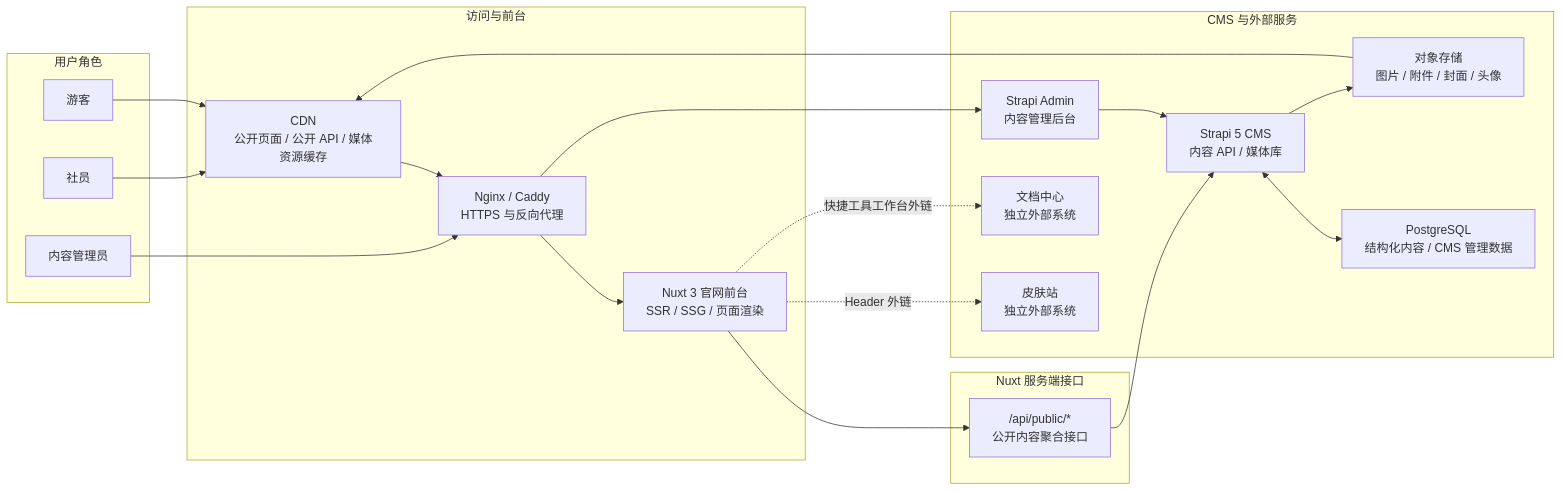
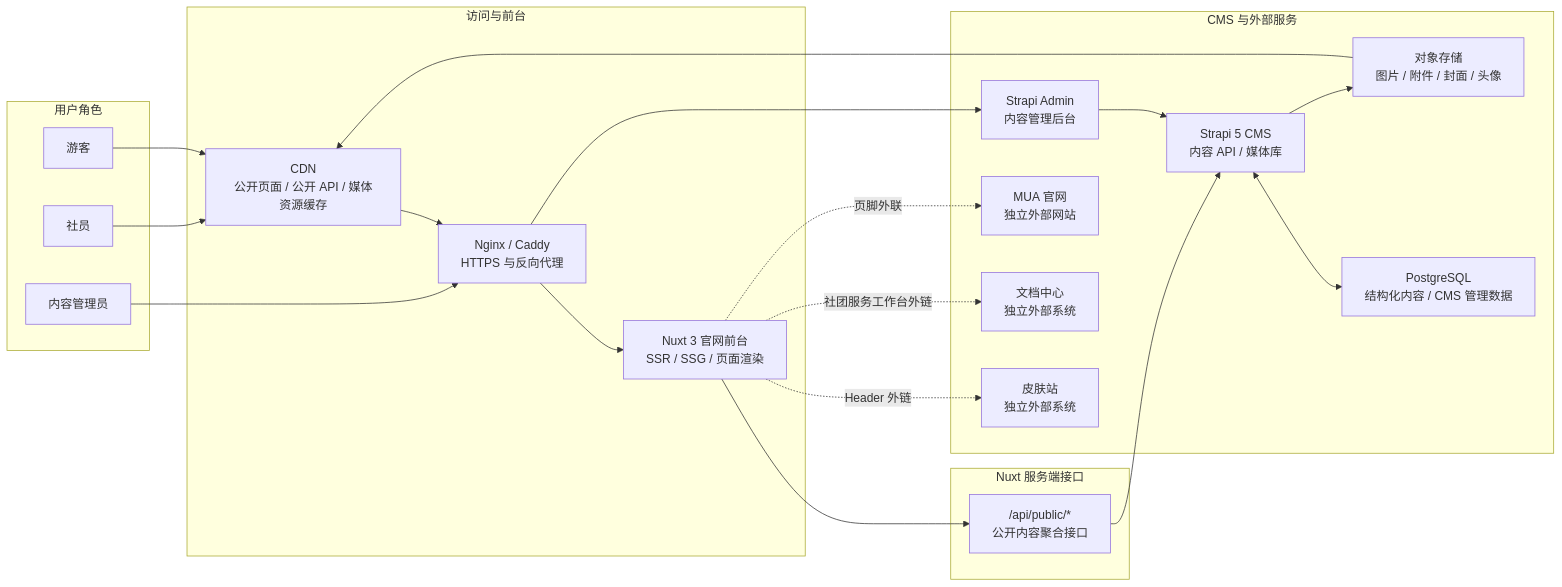
One commit to CUST-Minecraft/cust-offical-website changed the diagram in docs/总体设计文档.md. Above: the diagram before and after it, drawn with Mermaid. The commit also changed other lines of this file and 104 other files, not shown here.

````diff
--- a/docs/总体设计文档.md
+++ b/docs/总体设计文档.md
@@ -57,46 +58,48 @@
 ```mermaid
 flowchart LR
   subgraph Users["用户角色"]
     Visitor["游客"]
     Member["社员"]
     ContentAdmin["内容管理员"]
   end
 
   subgraph Access["访问与前台"]
     CDN["CDN<br/>公开页面 / 公开 API / 媒体资源缓存"]
     Proxy["Nginx / Caddy<br/>HTTPS 与反向代理"]
     Nuxt["Nuxt 3 官网前台<br/>SSR / SSG / 页面渲染"]
   end
 
   subgraph NuxtAPI["Nuxt 服务端接口"]
     PublicAPI["/api/public/*<br/>公开内容聚合接口"]
   end
 
   subgraph Services["CMS 与外部服务"]
     StrapiAdmin["Strapi Admin<br/>内容管理后台"]
     Strapi["Strapi 5 CMS<br/>内容 API / 媒体库"]
     PostgreSQL["PostgreSQL<br/>结构化内容 / CMS 管理数据"]
     Storage["对象存储<br/>图片 / 附件 / 封面 / 头像"]
     Skin["皮肤站<br/>独立外部系统"]
     Docs["文档中心<br/>独立外部系统"]
+    MUA["MUA 官网<br/>独立外部网站"]
   end
 
   Visitor --> CDN
   Member --> CDN
   CDN --> Proxy
   Proxy --> Nuxt
 
   ContentAdmin --> Proxy
   Proxy --> StrapiAdmin
   StrapiAdmin --> Strapi
 
   Nuxt --> PublicAPI
   PublicAPI --> Strapi
 
   Nuxt -. Header 外链 .-> Skin
-  Nuxt -. 快捷工具工作台外链 .-> Docs
+  Nuxt -. 社团服务工作台外链 .-> Docs
+  Nuxt -. 页脚外联 .-> MUA
 
   Strapi <--> PostgreSQL
   Strapi --> Storage
   Storage --> CDN
 ```
````
